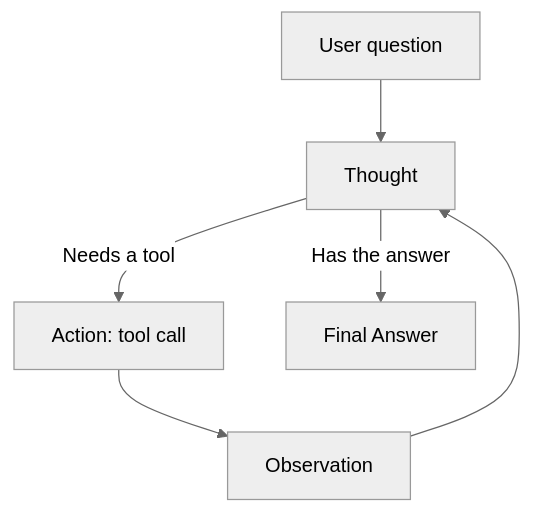
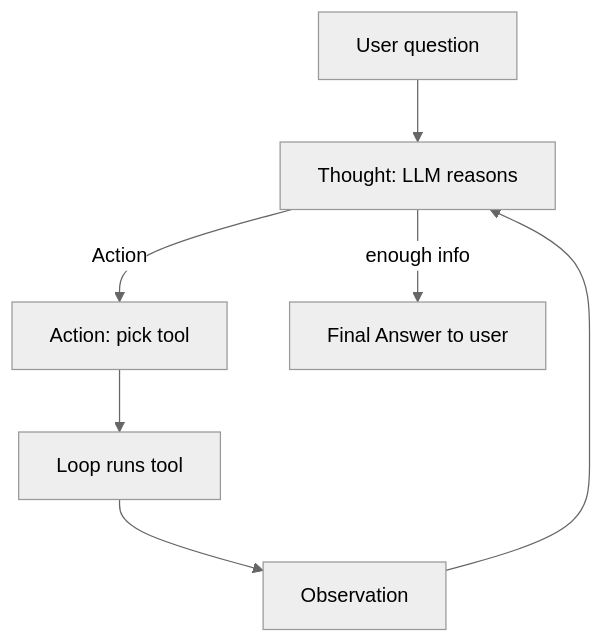
One commit to kaisarnajar/outcome-school-blogs changed the diagram in notes/step-10-ai-agents-and-agentic-systems/122-react-agent.md. Above: the diagram before and after it, drawn with Mermaid (neutral theme). The commit also changed other lines of this file and 233 other files, not shown here.

````diff
--- a/notes/step-10-ai-agents-and-agentic-systems/122-react-agent.md
+++ b/notes/step-10-ai-agents-and-agentic-systems/122-react-agent.md
@@ -42,8 +45,9 @@
 ```mermaid
 flowchart TD
-    Q["User question"] --> TH["Thought"]
-    TH -->|"Needs a tool"| AC["Action: tool call"]
-    AC --> OB["Observation"]
-    OB --> TH
-    TH -->|"Has the answer"| FA["Final Answer"]
+Q1["User question"] --> TH["Thought: LLM reasons"]
+TH -->|"Action"| AC["Action: pick tool"]
+AC --> TL["Loop runs tool"]
+TL --> OB["Observation"]
+OB --> TH
+TH -->|"enough info"| FA["Final Answer to user"]
 ```
````
